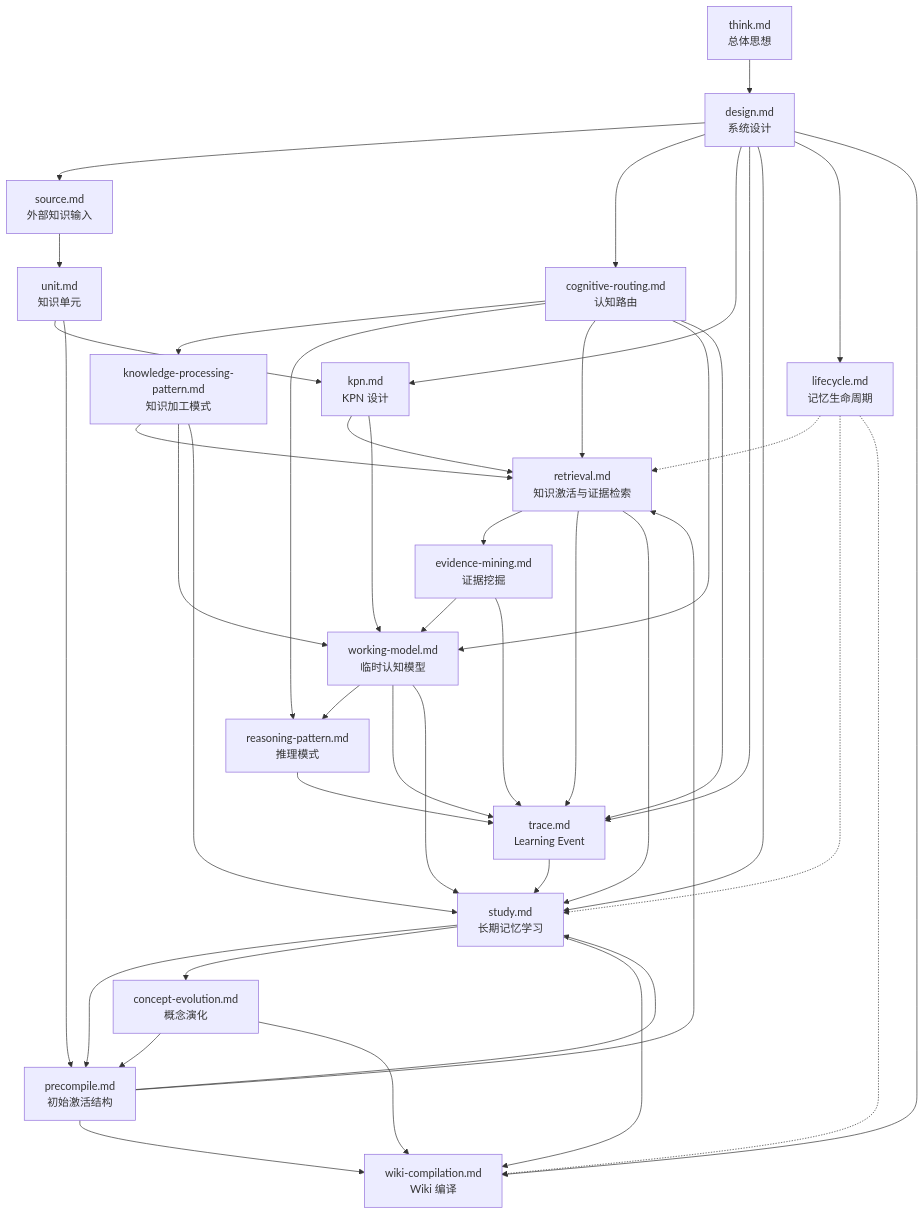
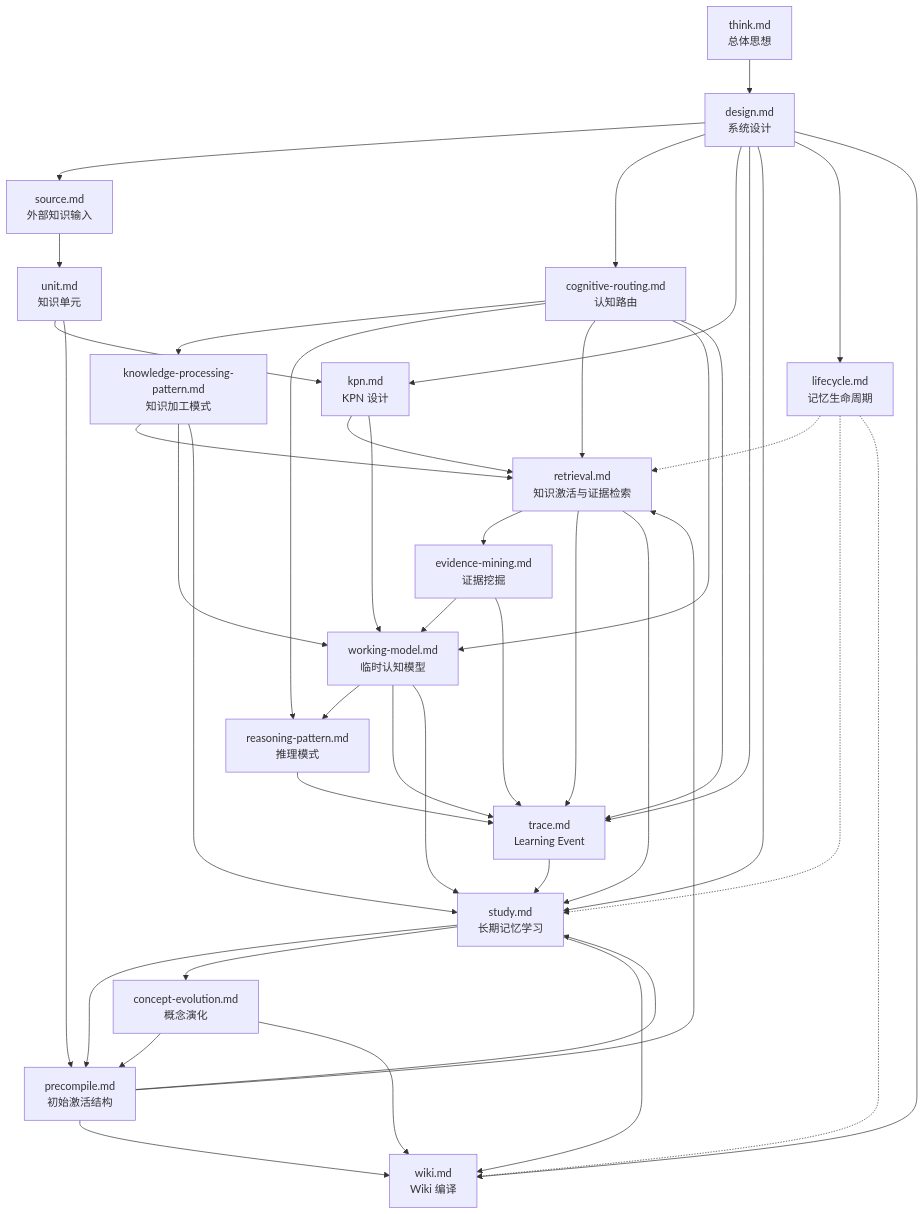
The diagram in docs/design/readme.md (xman1978/wiki-brain), drawn with Mermaid before and after one commit. The commit also changed other lines of this file and 123 other files, not shown here.

````diff
--- a/docs/design/readme.md
+++ b/docs/design/readme.md
@@ -55,78 +55,78 @@
 ```mermaid
 flowchart TB
   think["think.md<br/>总体思想"]
   design["design.md<br/>系统设计"]
 
   source["source.md<br/>外部知识输入"]
   unit["unit.md<br/>知识单元"]
   kpn["kpn.md<br/>KPN 设计"]
   precompile["precompile.md<br/>初始激活结构"]
 
   routing["cognitive-routing.md<br/>认知路由"]
   kpp["knowledge-processing-pattern.md<br/>知识加工模式"]
   retrieval["retrieval.md<br/>知识激活与证据检索"]
   mining["evidence-mining.md<br/>证据挖掘"]
   working["working-model.md<br/>临时认知模型"]
   rp["reasoning-pattern.md<br/>推理模式"]
 
   trace["trace.md<br/>Learning Event"]
   study["study.md<br/>长期记忆学习"]
   concept["concept-evolution.md<br/>概念演化"]
   lifecycle["lifecycle.md<br/>记忆生命周期"]
-  wiki["wiki-compilation.md<br/>Wiki 编译"]
+  wiki["wiki.md<br/>Wiki 编译"]
 
   think --> design
 
   design --> source
   design --> routing
   design --> kpn
   design --> trace
   design --> study
   design --> lifecycle
   design --> wiki
 
   source --> unit
   unit --> kpn
   unit --> precompile
   kpn --> retrieval
   kpn --> working
 
   precompile --> retrieval
   precompile --> study
   precompile --> wiki
 
   routing --> kpp
   routing --> rp
   routing --> retrieval
   routing --> working
   routing --> trace
 
   kpp --> retrieval
   kpp --> working
   kpp --> study
 
   retrieval --> mining
   retrieval --> trace
   retrieval --> study
 
   mining --> working
   mining --> trace
 
   working --> rp
   rp --> trace
 
   working --> trace
   working --> study
 
   trace --> study
 
   study --> precompile
   study --> concept
   concept --> precompile
   concept --> wiki
   study --> wiki
 
   lifecycle -.-> retrieval
   lifecycle -.-> study
   lifecycle -.-> wiki
 ```
````
